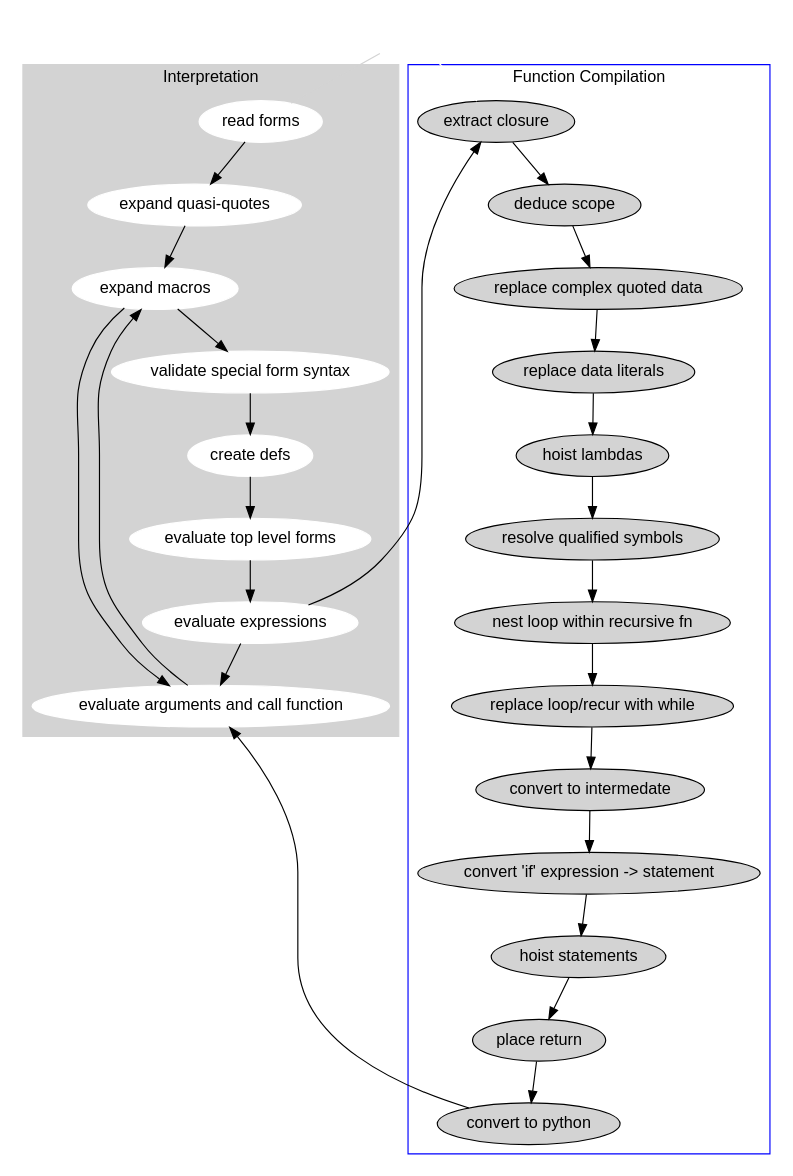
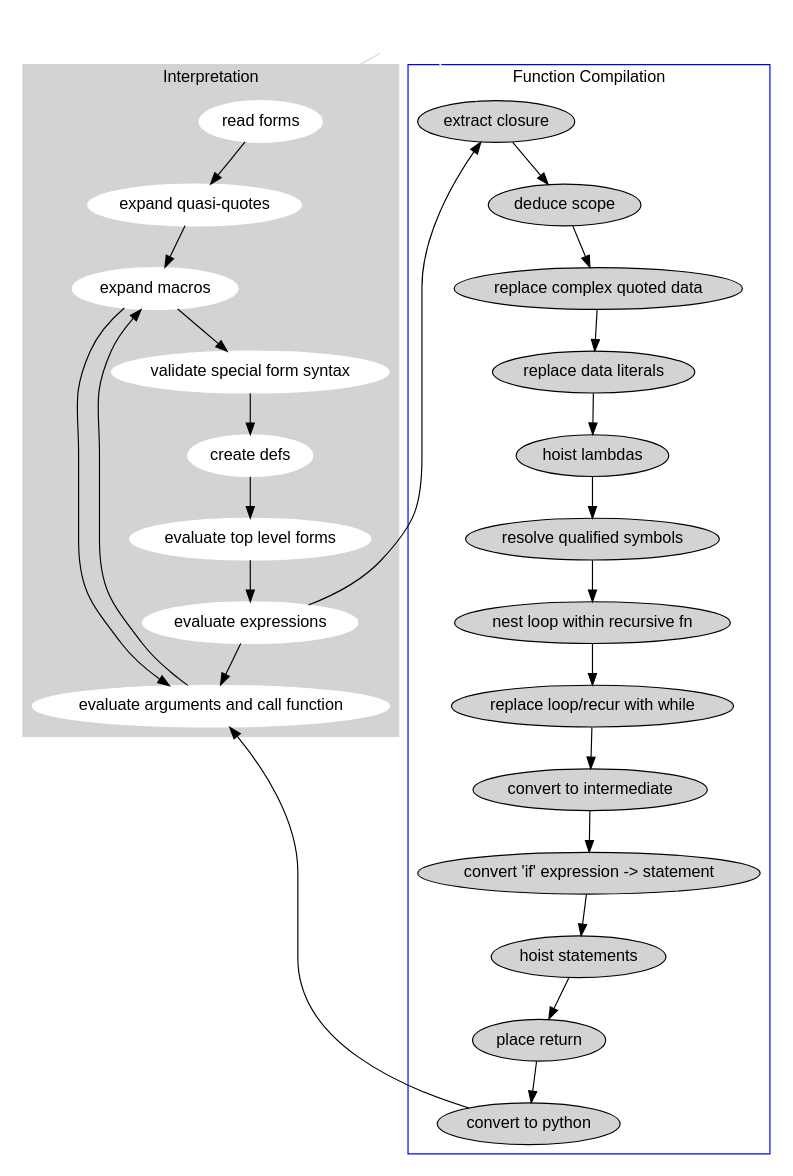
Before and after one commit to cakemanny/talks: the diagram in pack-talk/compilation-stages.dot, drawn with Graphviz. The commit also changed 2 other files, not shown here.

```diff
--- a/pack-talk/compilation-stages.dot
+++ b/pack-talk/compilation-stages.dot
@@ -1,49 +1,49 @@
 digraph G {
 	fontname="Helvetica,Arial,sans-serif"
 	node [fontname="Helvetica,Arial,sans-serif"]
 	edge [fontname="Helvetica,Arial,sans-serif"]
 
 	subgraph cluster_0 {
 		style=filled;
 		color=lightgrey;
 		node [style=filled,color=white];
 		a0[label="read forms"];
 		a1[label="expand quasi-quotes"];
 		a2[label="expand macros"];
 		a3[label="validate special form syntax"];
 		a4[label="create defs"];
 		a5[label="evaluate top level forms"];
 		a6[label="evaluate expressions"];
 		a7[label="evaluate arguments and call function"]
 		a0 -> a1 -> a2 -> a3 -> a4 -> a5 -> a6 -> a7;
 		a2 -> a7;
 		a7 -> a2;
 		label = "Interpretation";
 	}
 
 	subgraph cluster_1 {
 		node [style=filled];
 		b0[label="extract closure"];
 		b1[label="deduce scope"];
 		b2[label="replace complex quoted data"];
 		b3[label="replace data literals"];
 		b4[label="hoist lambdas"];
 		b5[label="resolve qualified symbols"];
 		b6[label="nest loop within recursive fn"];
 		b7[label="replace loop/recur with while"];
-		b8[label="convert to intermedate"];
+		b8[label="convert to intermediate"];
 		b9[label="convert 'if' expression -> statement"];
 		b10[label="hoist statements"];
 		b11[label="place return"];
 		b12[label="convert to python"];
 		b0 -> b1 -> b2 -> b3 -> b4 -> b5 -> b6 -> b7 -> b8 -> b9 -> b10 -> b11 -> b12;
 		label = "Function Compilation";
 		color=blue
 	}
 	start [shape="none", label=""];
 	start -> a0[arrowhead=none, color=lightgrey];
 	start -> b0[arrowhead=none, color=white];
 
 	a6 -> b0;
 	b12 -> a7;
 }
```
